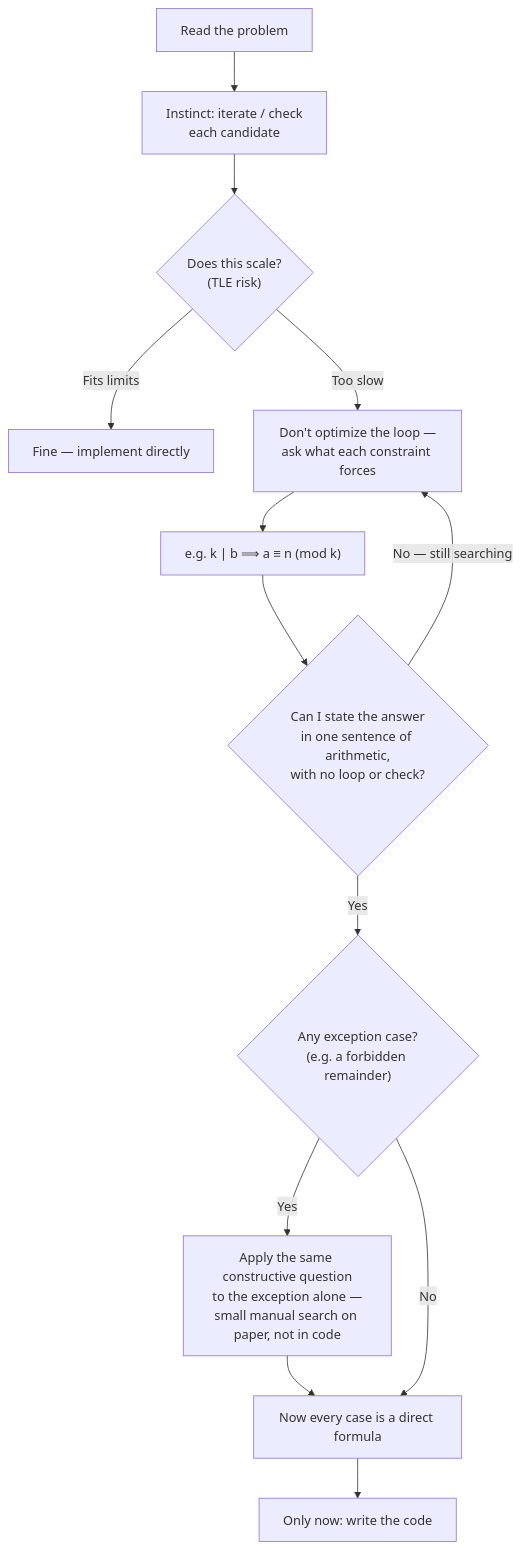
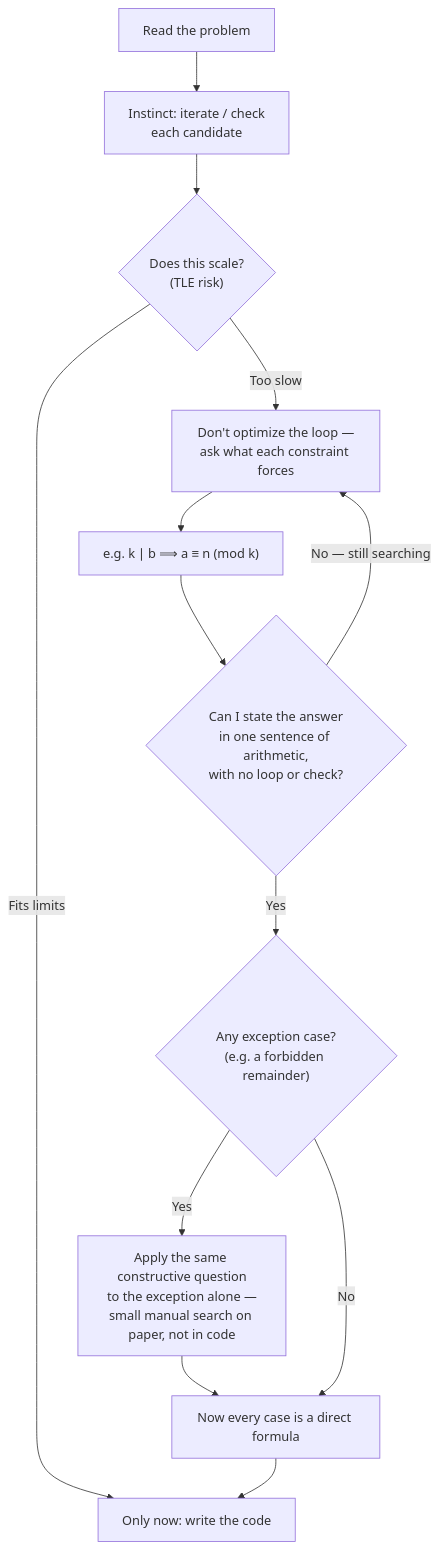
One commit to Mojahidul21/My-Competitive-Programming-Journey changed the diagram in General Tricks & Techniques/Contest Strategy/Contest Math Thinking.md. Above: the diagram before and after it, drawn with Mermaid.

Commit message:
Update Contest Math Thinking.md

````diff
--- a/General Tricks & Techniques/Contest Strategy/Contest Math Thinking.md
+++ b/General Tricks & Techniques/Contest Strategy/Contest Math Thinking.md
@@ -87,15 +87,15 @@
 ```mermaid
 flowchart TD
     A["Read the problem"] --> B["Instinct: iterate / check<br/>each candidate"]
     B --> C{"Does this scale?<br/>(TLE risk)"}
-    C -- "Fits limits" --> Z["Fine — implement directly"]
+    C -- "Fits limits" --> J["Only now: write the code"]
     C -- "Too slow" --> D["Don't optimize the loop —<br/>ask what each constraint forces"]
     D --> E["e.g. k ∣ b  ⟹  a ≡ n (mod k)"]
     E --> F{"Can I state the answer<br/>in one sentence of arithmetic,<br/>with no loop or check?"}
     F -- "No — still searching" --> D
     F -- "Yes" --> G{"Any exception case?<br/>(e.g. a forbidden remainder)"}
     G -- "Yes" --> H["Apply the same constructive question<br/>to the exception alone —<br/>small manual search on paper, not in code"]
     H --> I["Now every case is a direct formula"]
     G -- "No" --> I
-    I --> J["Only now: write the code"]
+    I --> J
 ```
````
